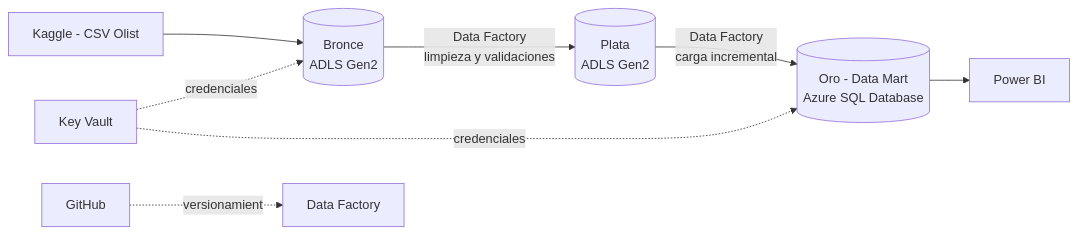
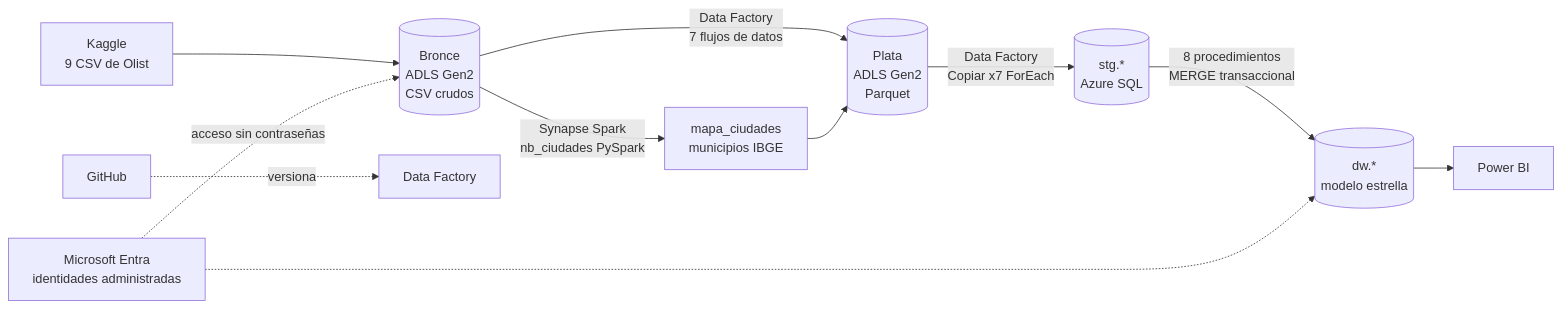
One commit to Fabricio-UNI/olist-datamart-azure changed the first of 2 diagrams in README.md. Above: the diagram before and after it, drawn with Mermaid. The commit also changed other lines of this file and 1 other file, not shown here.

Commit message:
README completo: arquitectura, modelo, calidad, seguridad y hallazgos; script de lectura para Power BI

````diff
--- a/README.md
+++ b/README.md
@@ -9,10 +19,13 @@
 ```mermaid
 flowchart LR
-    A[Kaggle - CSV Olist] --> B[(Bronce<br/>ADLS Gen2)]
-    B -->|Data Factory<br/>limpieza y validaciones| C[(Plata<br/>ADLS Gen2)]
-    C -->|Data Factory<br/>carga incremental| D[(Oro - Data Mart<br/>Azure SQL Database)]
-    D --> E[Power BI]
-    K[Key Vault] -.credenciales.-> B
-    K -.credenciales.-> D
-    G[GitHub] -.versionamiento.-> F[Data Factory]
+    K[Kaggle<br/>9 CSV de Olist] --> B[(Bronce<br/>ADLS Gen2<br/>CSV crudos)]
+    B -->|Data Factory<br/>7 flujos de datos| P[(Plata<br/>ADLS Gen2<br/>Parquet)]
+    B -->|Synapse Spark<br/>nb_ciudades PySpark| M[mapa_ciudades<br/>municipios IBGE]
+    M --> P
+    P -->|Data Factory<br/>Copiar x7 ForEach| S[(stg.*<br/>Azure SQL)]
+    S -->|8 procedimientos<br/>MERGE transaccional| D[(dw.*<br/>modelo estrella)]
+    D --> BI[Power BI]
+    G[GitHub] -.versiona.-> ADF[Data Factory]
+    E[Microsoft Entra<br/>identidades administradas] -.acceso sin contraseñas.-> B
+    E -.-> D
 ```
````
